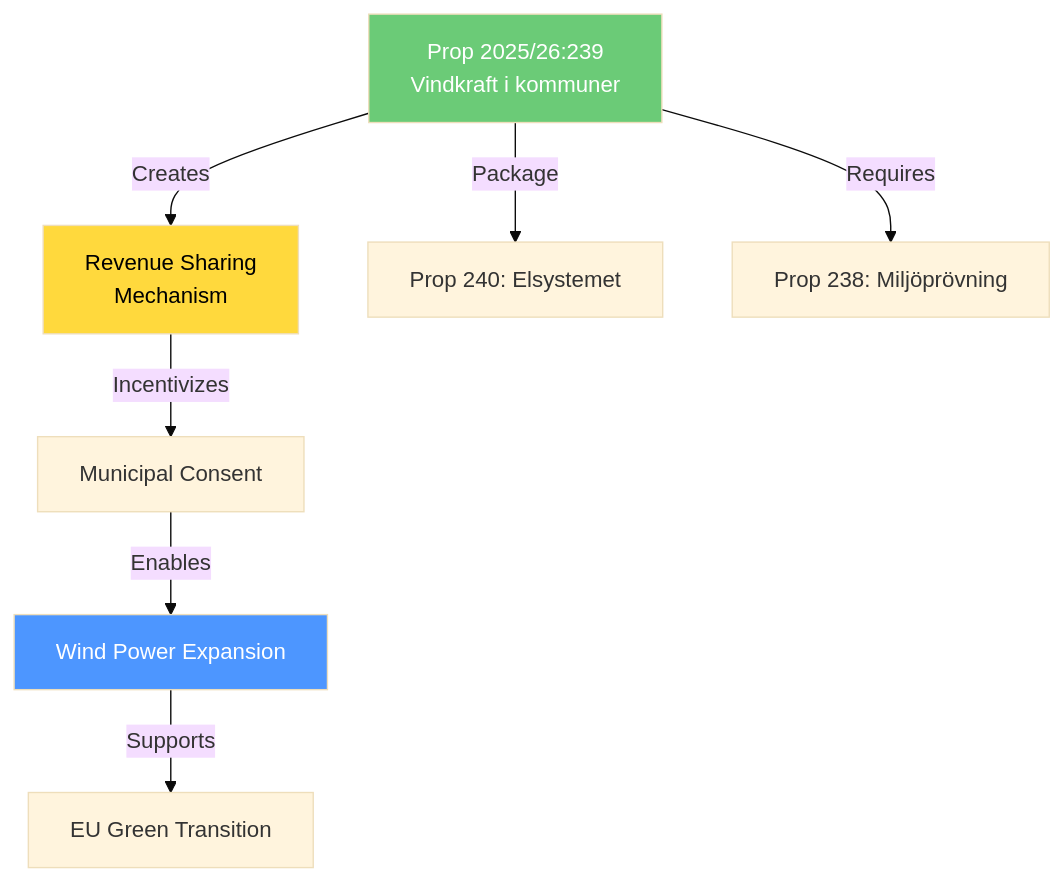
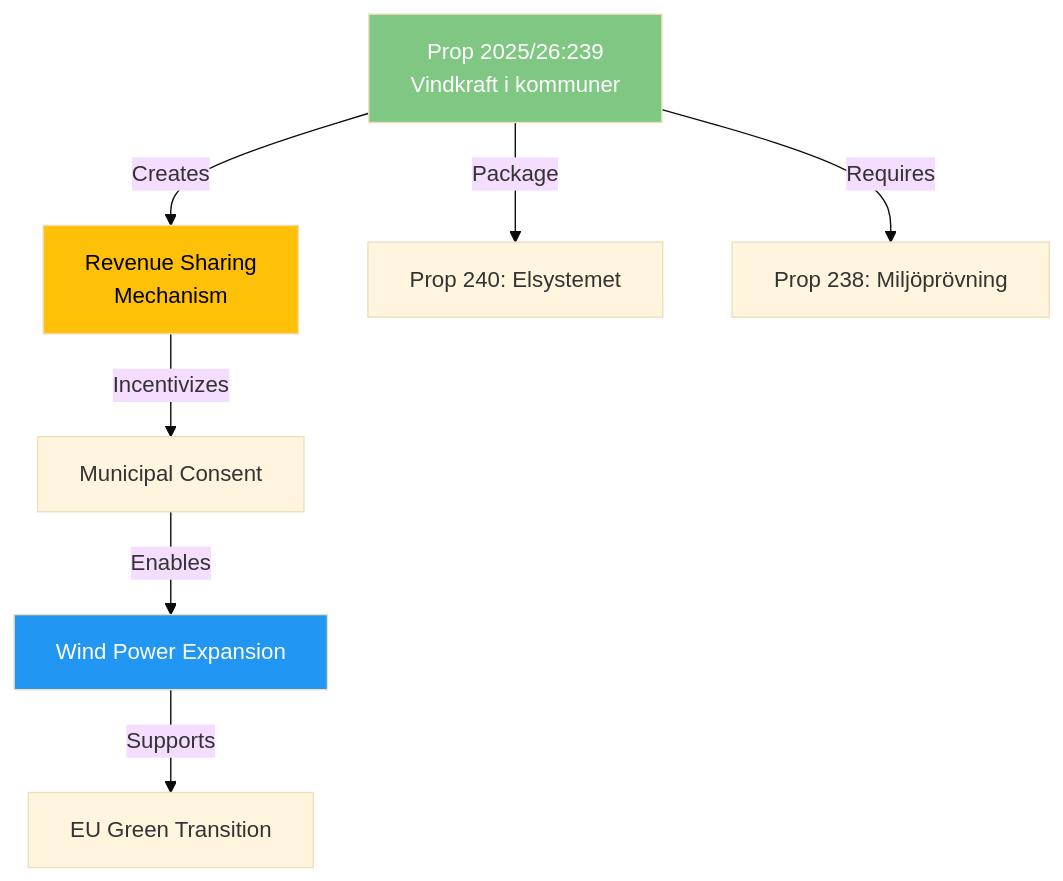
Before and after one commit to Hack23/riksdagsmonitor: the diagram in analysis/daily/2026-04-14/realtime-1526/documents/hd03239-analysis.md, drawn with Mermaid (base theme). The commit also changed 785 other files, not shown here.

First line of the commit message:
Normalize mermaid colors across 786 analysis artifacts to ISMS Style Guide palette

````diff
--- a/analysis/daily/2026-04-14/realtime-1526/documents/hd03239-analysis.md
+++ b/analysis/daily/2026-04-14/realtime-1526/documents/hd03239-analysis.md
@@ -20,12 +20,12 @@
 ```mermaid
 graph TD
     A["Prop 2025/26:239<br/>Vindkraft i kommuner"] -->|"Creates"| B["Revenue Sharing<br/>Mechanism"]
     B -->|"Incentivizes"| C["Municipal Consent"]
     C -->|"Enables"| D["Wind Power Expansion"]
     D -->|"Supports"| E["EU Green Transition"]
     A -->|"Package"| F["Prop 240: Elsystemet"]
     A -->|"Requires"| G["Prop 238: Miljöprövning"]
-    style A fill:#6bcb77,color:#fff
-    style B fill:#ffd93d,color:#000
-    style D fill:#4d96ff,color:#fff
+    style A fill:#81C784,color:#FFFFFF
+    style B fill:#FFC107,color:#000000
+    style D fill:#2196F3,color:#FFFFFF
 ```
````
